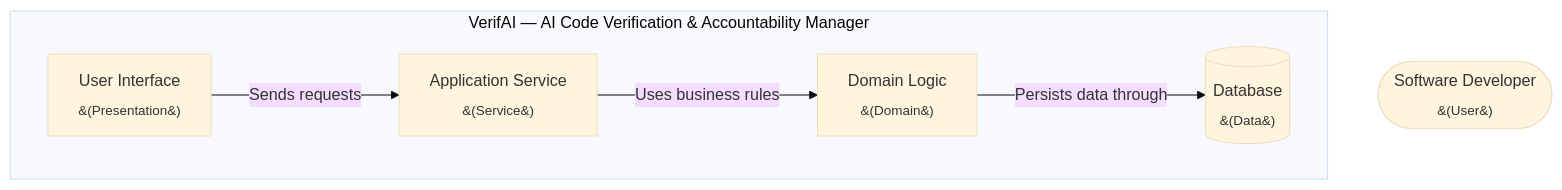
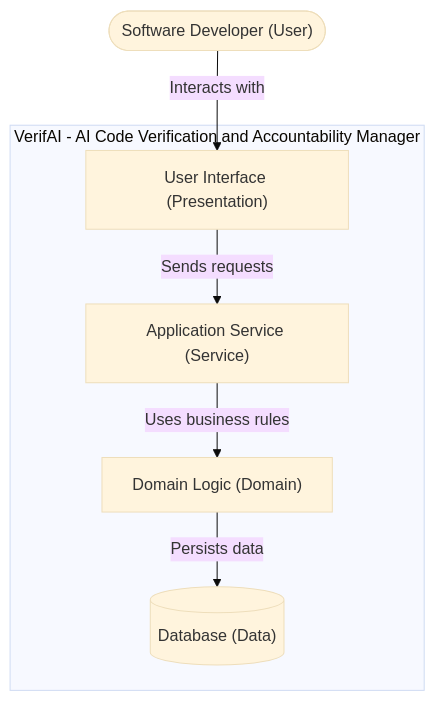
One commit to ASantana0924/cen5064-project-santana changed the second of 4 diagrams in README.md. Above: the diagram before and after it, drawn with Mermaid (base theme). The commit also changed other lines of this file, not shown here.

First line of the commit message:
Fixed mermaid syntax issues

````diff
--- a/README.md
+++ b/README.md
@@ -50,14 +50,18 @@
 ```mermaid
 %% Container view: your containers should match the tier table above.
 flowchart TB
-    developer([Software Developer<br/><sub>&#40;User&#41;</sub>])
-    subgraph verifai["VerifAI — AI Code Verification & Accountability Manager"]
-    ui["User Interface<br/><sub>&#40;Presentation&#41;</sub>"]
-    service["Application Service<br/><sub>&#40;Service&#41;</sub>"]
-    domain["Domain Logic<br/><sub>&#40;Domain&#41;</sub>"]
-    database[("Database<br/><sub>&#40;Data&#41;</sub>")]
-    ui -->|Sends requests| service
-    service -->|Uses business rules| domain
-    domain -->|Persists data through| database
-end
+    developer(["Software Developer (User)"])
+
+    subgraph verifai["VerifAI - AI Code Verification and Accountability Manager"]
+        ui["User Interface (Presentation)"]
+        service["Application Service (Service)"]
+        domain["Domain Logic (Domain)"]
+        database[("Database (Data)")]
+
+        ui -->|Sends requests| service
+        service -->|Uses business rules| domain
+        domain -->|Persists data| database
+    end
+
+    developer -->|Interacts with| ui
 ```
````
